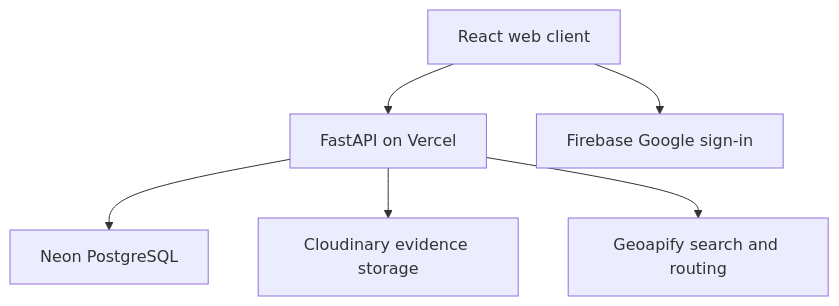
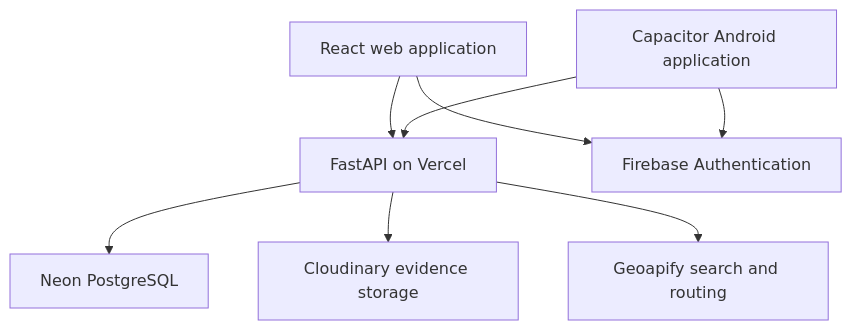
Before and after one commit to shadazam08/GodEye: the second of 2 diagrams in README.md, drawn with Mermaid. The commit also changed other lines of this file, not shown here.

````diff
--- a/README.md
+++ b/README.md
@@ -138,8 +166,10 @@
 ```mermaid
 flowchart TD
-    A[React web client] --> B[FastAPI on Vercel]
-    A --> C[Firebase Google sign-in]
-    B --> D[Neon PostgreSQL]
-    B --> E[Cloudinary evidence storage]
-    B --> F[Geoapify search and routing]
+    A[React web application] --> C[FastAPI on Vercel]
+    B[Capacitor Android application] --> C
+    A --> D[Firebase Authentication]
+    B --> D
+    C --> E[Neon PostgreSQL]
+    C --> F[Cloudinary evidence storage]
+    C --> G[Geoapify search and routing]
 ```
````
